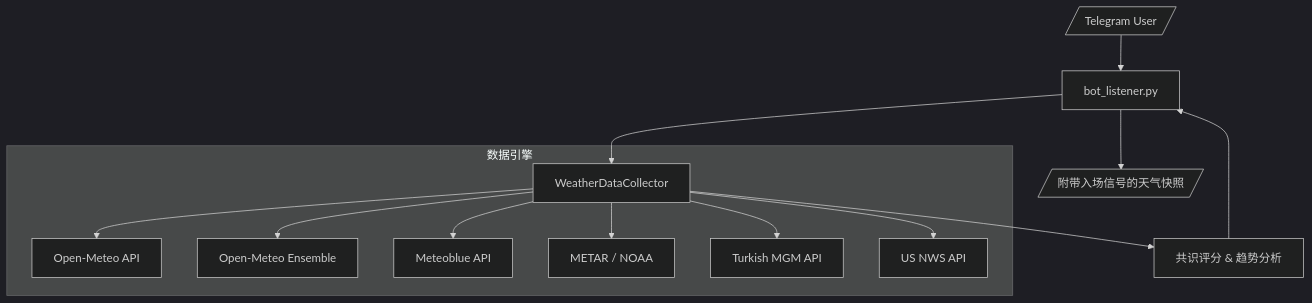
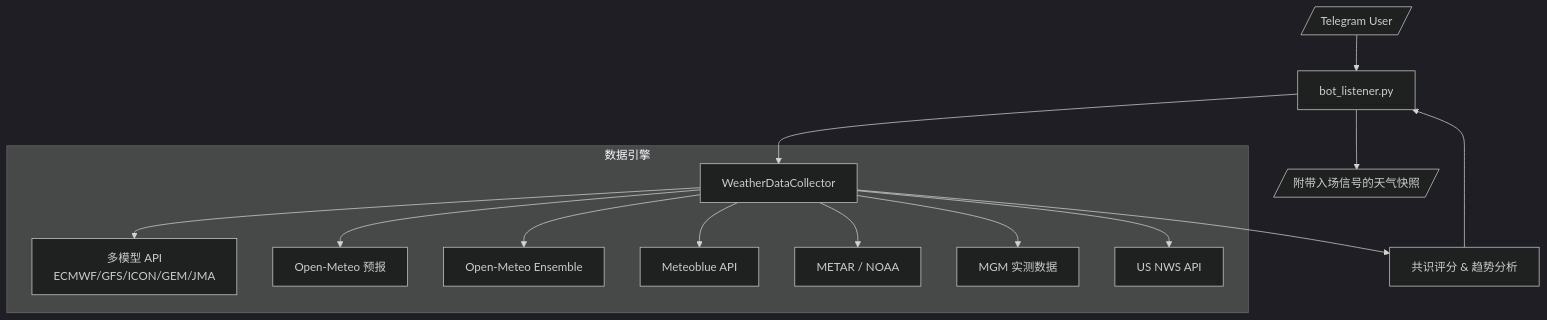
The diagram in README_ZH.md (yangyuan-zhen/PolyWeather), drawn with Mermaid (dark theme) before and after one commit. The commit also changed other lines of this file and 1 other file, not shown here.

Commit message:
docs: Detail multi-model consensus scoring, Open-Meteo API architecture, airport-aligned NWP queries, and ensemble divergence detection.

````diff
--- a/README_ZH.md
+++ b/README_ZH.md
@@ -192,18 +228,19 @@
 ```mermaid
 graph TD
     User[/Telegram User/] --> Bot[bot_listener.py]
     Bot --> Collector[WeatherDataCollector]
 
     subgraph "数据引擎"
-        Collector --> OM[Open-Meteo API]
+        Collector --> MM[多模型 API<br/>ECMWF/GFS/ICON/GEM/JMA]
+        Collector --> OM[Open-Meteo 预报]
         Collector --> ENS[Open-Meteo Ensemble]
         Collector --> MB[Meteoblue API]
         Collector --> NOAA[METAR / NOAA]
-        Collector --> MGM[Turkish MGM API]
+        Collector --> MGM[MGM 实测数据]
         Collector --> NWS[US NWS API]
     end
 
     Collector --> Processing[共识评分 & 趋势分析]
     Processing --> Bot
     Bot --> Response[/附带入场信号的天气快照/]
 ```
````
